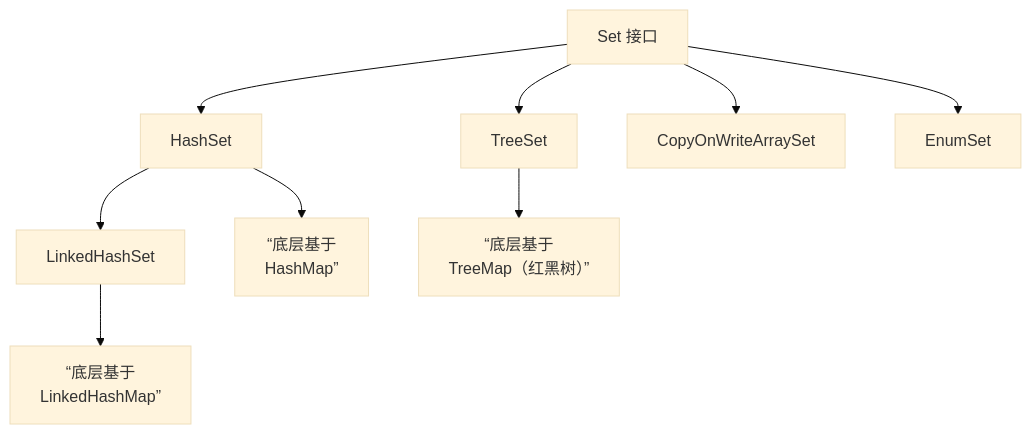
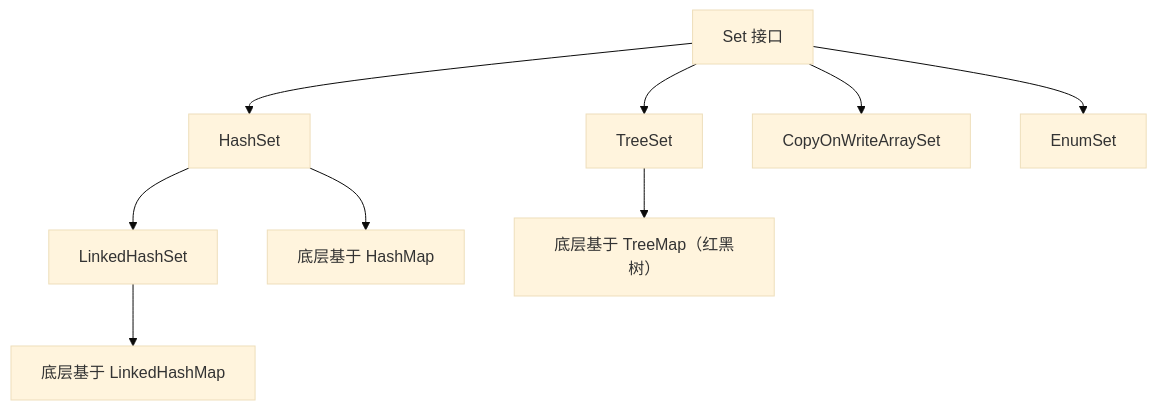
Before and after one commit to zz12121/KnowledgeDevelope: the diagram in 10_DevelopLanguage/001_Java/02_JavaCollectionSubject/03、Set 相关.md, drawn with Mermaid (base theme). The commit also changed other lines of this file and 132 other files, not shown here.

````diff
--- a/10_DevelopLanguage/001_Java/02_JavaCollectionSubject/03、Set 相关.md
+++ b/10_DevelopLanguage/001_Java/02_JavaCollectionSubject/03、Set 相关.md
@@ -1,13 +1,11 @@
 ```mermaid
 flowchart TD
     A[Set 接口] --> B[HashSet]
     A --> C[TreeSet]
     A --> D[CopyOnWriteArraySet]
     A --> E[EnumSet]
-    
     B --> F[LinkedHashSet]
-    
-    B --> G[“底层基于<br>HashMap”]
-    F --> H[“底层基于<br>LinkedHashMap”]
-    C --> I[“底层基于<br>TreeMap（红黑树）”]
+    B --> G["底层基于 HashMap"]
+    F --> H["底层基于 LinkedHashMap"]
+    C --> I["底层基于 TreeMap（红黑树）"]
 ```
````
